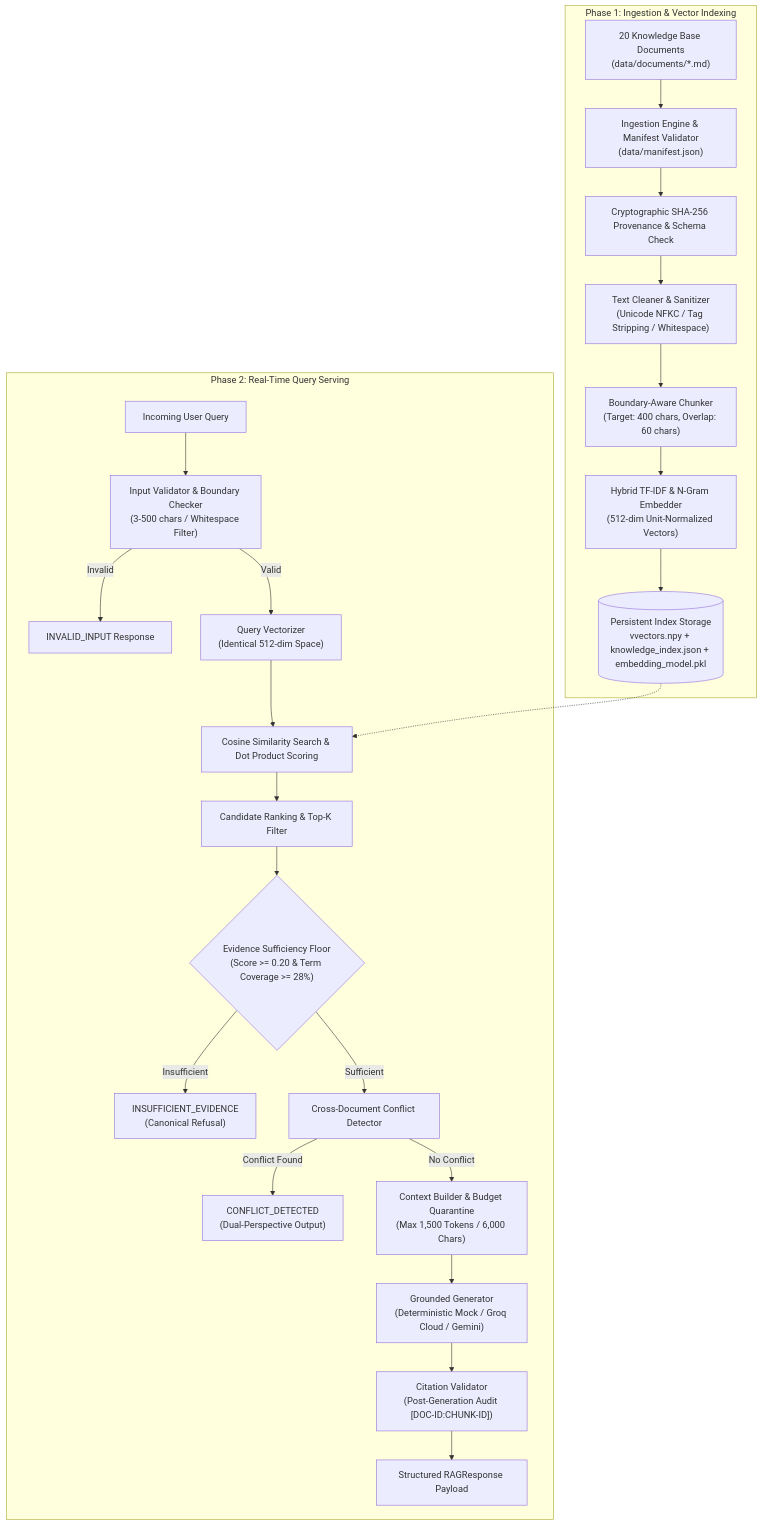
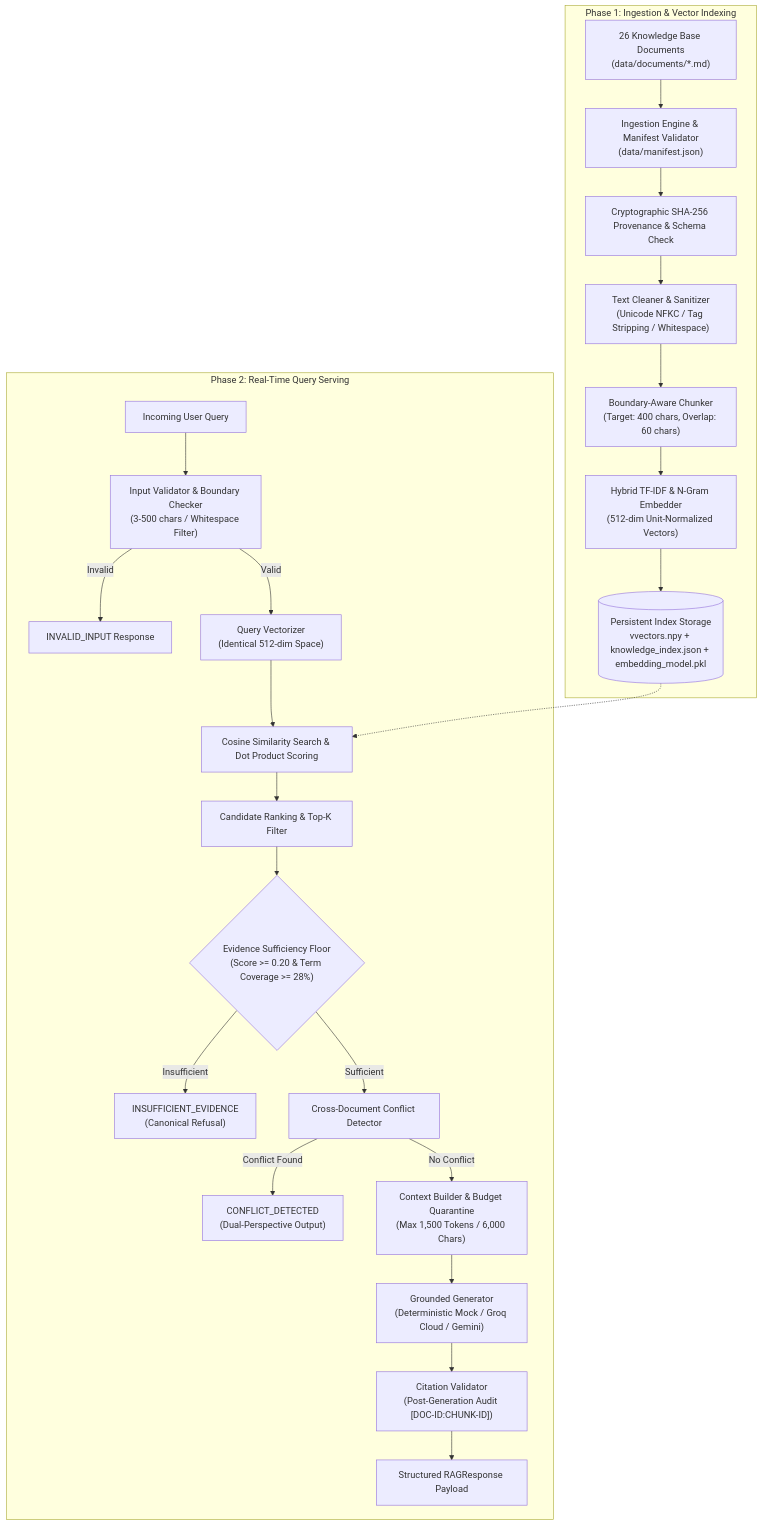
Before and after one commit to Rupam072006/evidence-grounded-rag: the first of 2 diagrams in ARCHITECTURE.md, drawn with Mermaid. The commit also changed other lines of this file and 64 other files, not shown here.

````diff
--- a/ARCHITECTURE.md
+++ b/ARCHITECTURE.md
@@ -17,28 +17,28 @@
 ```mermaid
 flowchart TD
     subgraph Offline_Corpus_Preparation ["Phase 1: Ingestion & Vector Indexing"]
-        A["20 Knowledge Base Documents\n(data/documents/*.md)"] --> B["Ingestion Engine & Manifest Validator\n(data/manifest.json)"]
+        A["26 Knowledge Base Documents\n(data/documents/*.md)"] --> B["Ingestion Engine & Manifest Validator\n(data/manifest.json)"]
         B --> C["Cryptographic SHA-256 Provenance & Schema Check"]
         C --> D["Text Cleaner & Sanitizer\n(Unicode NFKC / Tag Stripping / Whitespace)"]
         D --> E["Boundary-Aware Chunker\n(Target: 400 chars, Overlap: 60 chars)"]
         E --> F["Hybrid TF-IDF & N-Gram Embedder\n(512-dim Unit-Normalized Vectors)"]
         F --> G[("Persistent Index Storage\nvvectors.npy + knowledge_index.json + embedding_model.pkl")]
     end
 
     subgraph Online_Query_Processing ["Phase 2: Real-Time Query Serving"]
         Q["Incoming User Query"] --> H["Input Validator & Boundary Checker\n(3-500 chars / Whitespace Filter)"]
         H -->|Invalid| ERR["INVALID_INPUT Response"]
         H -->|Valid| I["Query Vectorizer\n(Identical 512-dim Space)"]
         I --> J["Cosine Similarity Search & Dot Product Scoring"]
         G -.-> J
         J --> K["Candidate Ranking & Top-K Filter"]
         K --> L{"Evidence Sufficiency Floor\n(Score >= 0.20 & Term Coverage >= 28%)"}
         L -->|Insufficient| REF["INSUFFICIENT_EVIDENCE\n(Canonical Refusal)"]
         L -->|Sufficient| M["Cross-Document Conflict Detector"]
         M -->|Conflict Found| CNF["CONFLICT_DETECTED\n(Dual-Perspective Output)"]
         M -->|No Conflict| N["Context Builder & Budget Quarantine\n(Max 1,500 Tokens / 6,000 Chars)"]
         N --> O["Grounded Generator\n(Deterministic Mock / Groq Cloud / Gemini)"]
         O --> P["Citation Validator\n(Post-Generation Audit [DOC-ID:CHUNK-ID])"]
         P --> RES["Structured RAGResponse Payload"]
     end
 ```
````
